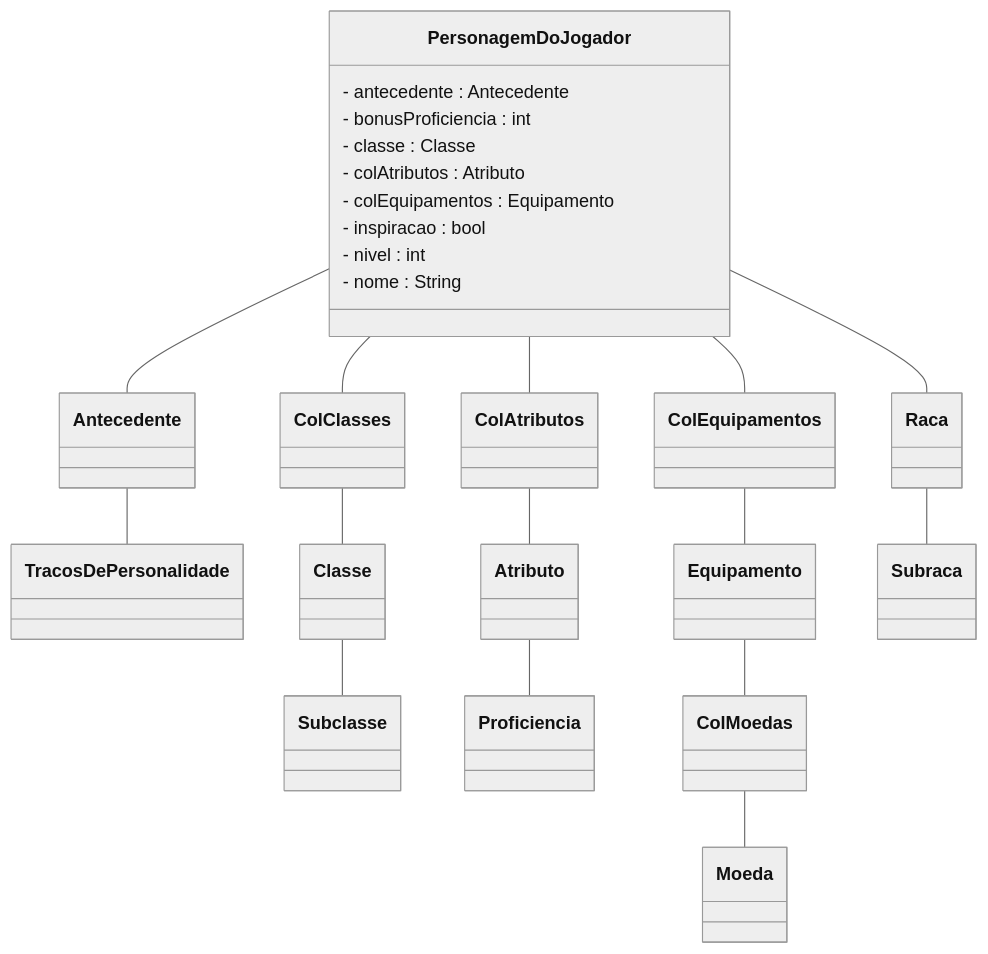
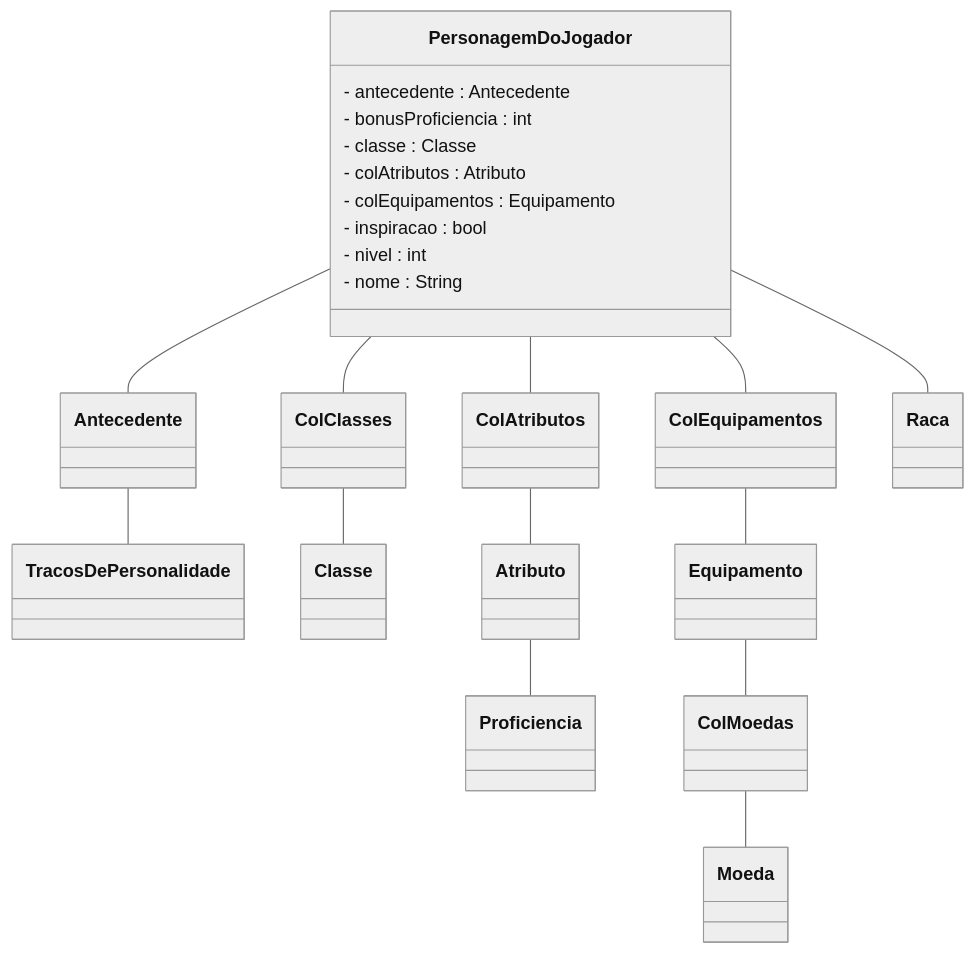
Before and after one commit to SirGanB/nio-website: the diagram in docs/generator/personagem.md, drawn with Mermaid (neutral theme). The commit also changed other lines of this file and 1 other file, not shown here.

Commit message:
reestruturização do conceito de subclasse e subraca

````diff
--- a/docs/generator/personagem.md
+++ b/docs/generator/personagem.md
@@ -24,28 +26,26 @@
 ```mermaid
 classDiagram
-PersonagemDoJogador -- Antecedente
- Antecedente -- TracosDePersonalidade
+  PersonagemDoJogador -- Antecedente
+  Antecedente -- TracosDePersonalidade
   PersonagemDoJogador -- ColClasses
-   ColClasses -- Classe
-    Classe -- Subclasse
+  ColClasses -- Classe
   PersonagemDoJogador -- ColAtributos
-   ColAtributos -- Atributo
-    Atributo -- Proficiencia
+  ColAtributos -- Atributo
+  Atributo -- Proficiencia
   PersonagemDoJogador -- ColEquipamentos
-   ColEquipamentos -- Equipamento
-    Equipamento -- ColMoedas
-     ColMoedas -- Moeda
+  ColEquipamentos -- Equipamento
+  Equipamento -- ColMoedas
+  ColMoedas -- Moeda
   PersonagemDoJogador -- Raca
-   Raca -- Subraca
 
- class PersonagemDoJogador {
+  class PersonagemDoJogador {
   - antecedente : Antecedente
   - bonusProficiencia : int
   - classe : Classe
   - colAtributos : Atributo
   - colEquipamentos : Equipamento
   - inspiracao : bool
   - nivel : int
   - nome : String
 }
 ```
````
